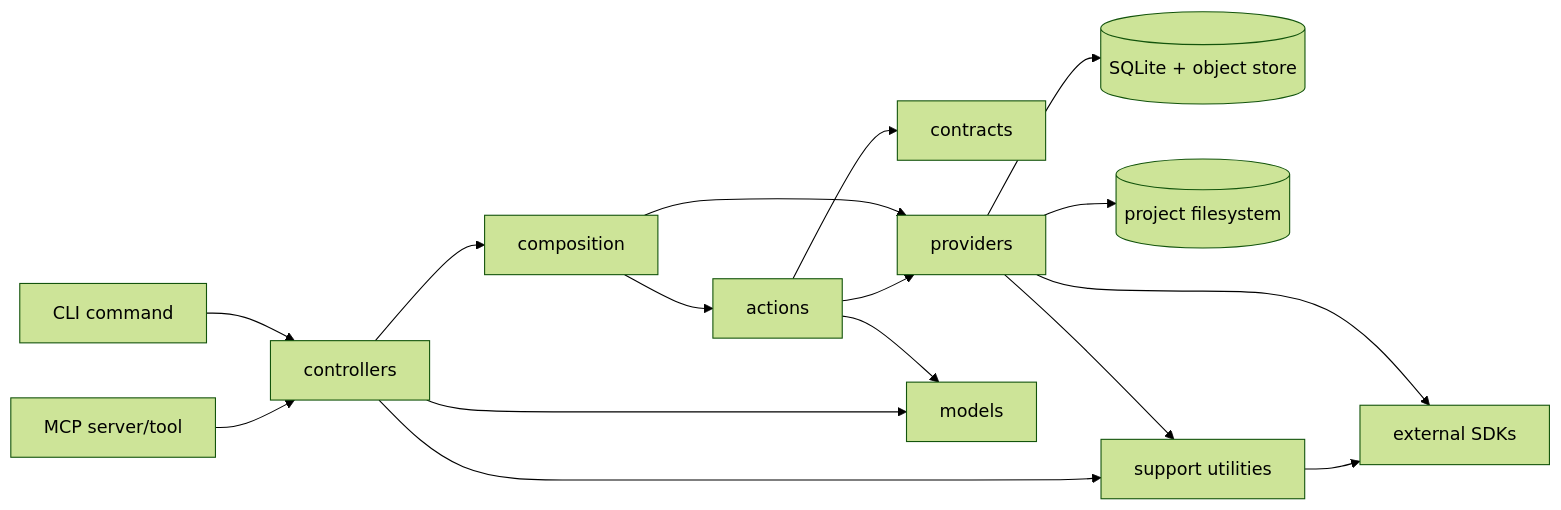
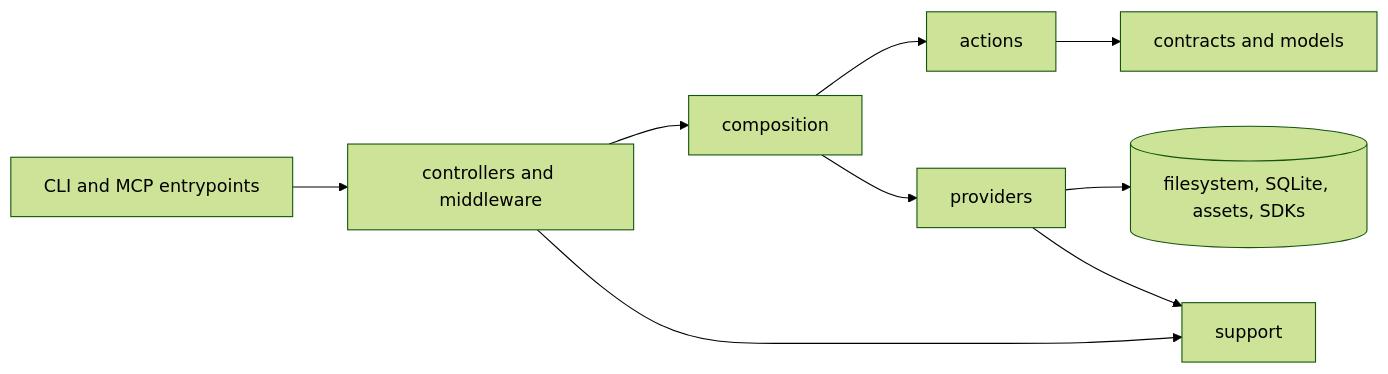
Before and after one commit to konteks/cli: the diagram in docs/development/directory-structure.md, drawn with Mermaid (forest theme). The commit also changed other lines of this file and 43 other files, not shown here.

First line of the commit message:
Refactor MCP and CLI code structure

````diff
--- a/docs/development/directory-structure.md
+++ b/docs/development/directory-structure.md
@@ -27,18 +37,11 @@
 ```mermaid
 graph LR
-    CLI[CLI command] --> C[controllers]
-    MCP[MCP server/tool] --> C
+    E[CLI and MCP entrypoints] --> C[controllers and middleware]
     C --> X[composition]
     X --> A[actions]
-    A --> K[contracts]
+    A --> K[contracts and models]
     X --> P[providers]
-    A --> P
-    P --> DB[(SQLite + object store)]
-    P --> FS[(project filesystem)]
-    P --> EXT[external SDKs]
-    A --> M[models]
-    C --> M
-    P --> S[support utilities]
-    C --> S
-    S --> EXT
+    P --> R[(filesystem, SQLite, assets, SDKs)]
+    C --> S[support]
+    P --> S
 ```
````
